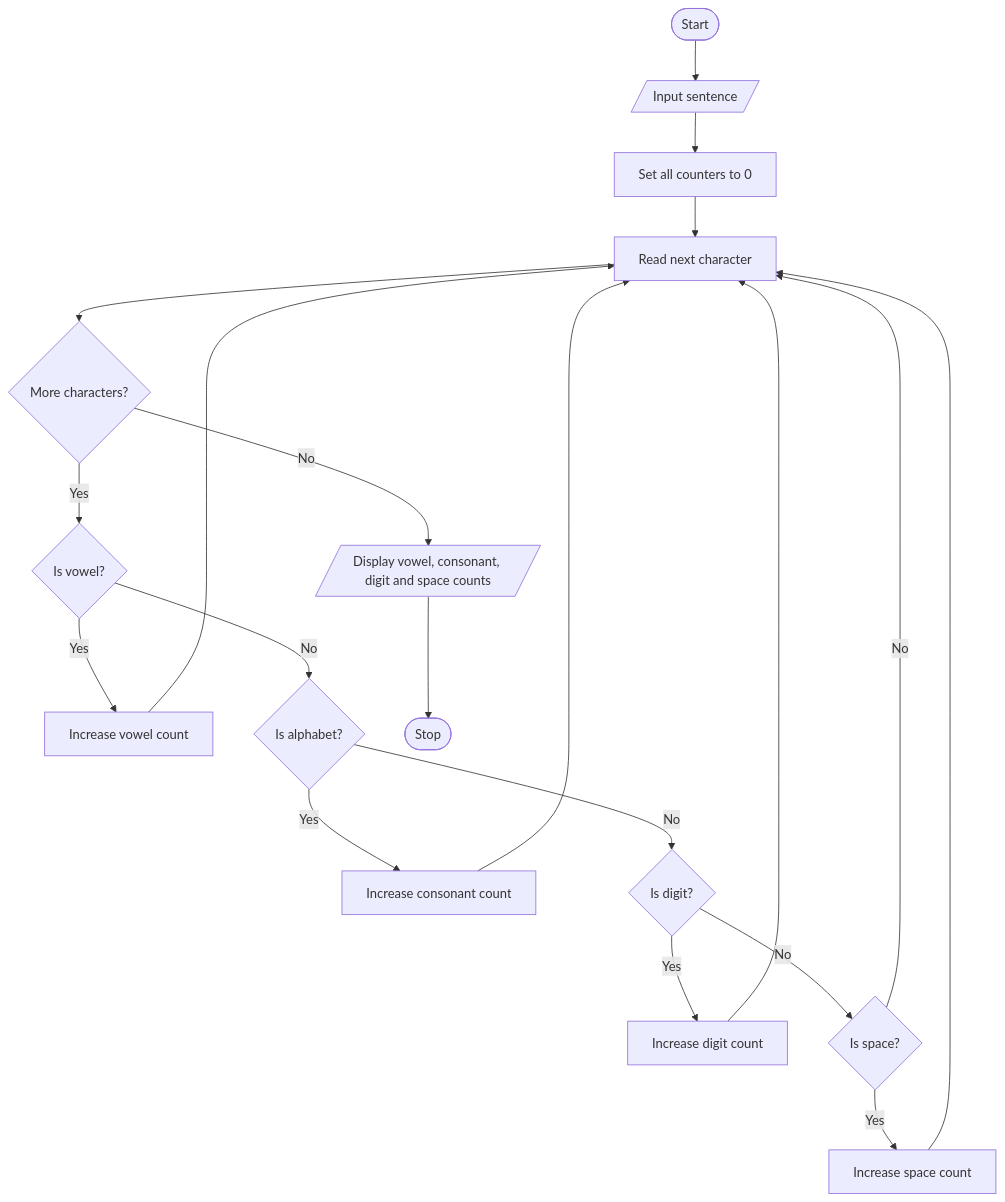
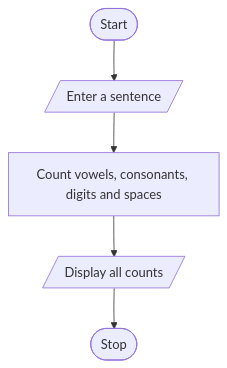
Before and after one commit to shaikishaa59-lab/ABL-PYTHON-: the diagram in 06_String_Analyzer/algorithm_flowchart.md, drawn with Mermaid. The commit also changed other lines of this file, not shown here.

Commit message:
Simplify flowchart for String Analyzer

````diff
--- a/06_String_Analyzer/algorithm_flowchart.md
+++ b/06_String_Analyzer/algorithm_flowchart.md
@@ -16,22 +3,7 @@
 ```mermaid
 flowchart TD
- A([Start]) --> B[/Input sentence/]
- B --> C[Set all counters to 0]
- C --> D[Read next character]
- D --> E{More characters?}
- E -- No --> F[/Display vowel, consonant, digit and space counts/]
- E -- Yes --> G{Is vowel?}
- G -- Yes --> H[Increase vowel count]
- G -- No --> I{Is alphabet?}
- I -- Yes --> J[Increase consonant count]
- I -- No --> K{Is digit?}
- K -- Yes --> L[Increase digit count]
- K -- No --> M{Is space?}
- M -- Yes --> N[Increase space count]
- M -- No --> D
- H --> D
- J --> D
- L --> D
- N --> D
- F --> O([Stop])
+ A([Start]) --> B[/Enter a sentence/]
+ B --> C[Count vowels, consonants, digits and spaces]
+ C --> D[/Display all counts/]
+ D --> E([Stop])
 ```
````
